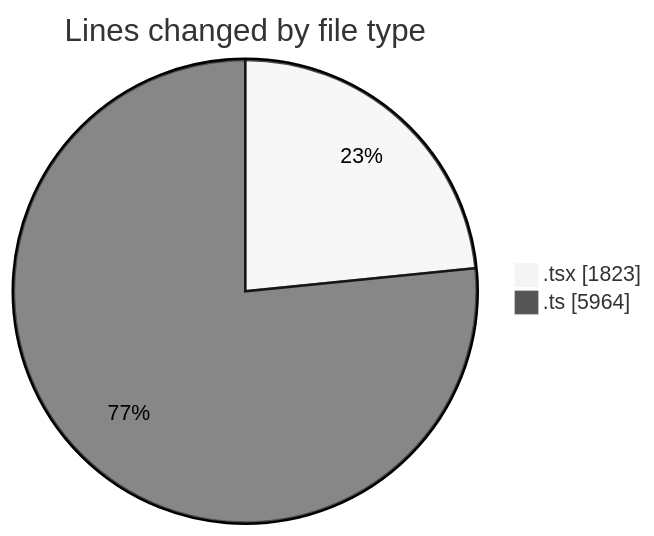
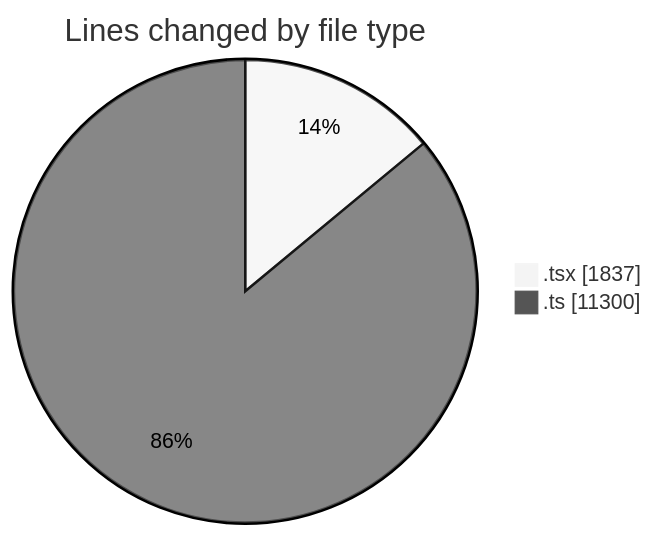
Before and after one commit to momahboobian/code-tracking: the first of 2 diagrams in 2025-09-22/cda/README.md, drawn with Mermaid (neutral theme). The commit also changed other lines of this file and 1 other file, not shown here.

````diff
--- a/2025-09-22/cda/README.md
+++ b/2025-09-22/cda/README.md
@@ -27,6 +28,6 @@
 ```mermaid
 pie showData
 title Lines changed by file type
-".tsx" : 1823
-".ts" : 5964
+".tsx" : 1837
+".ts" : 11300
 ```
````
